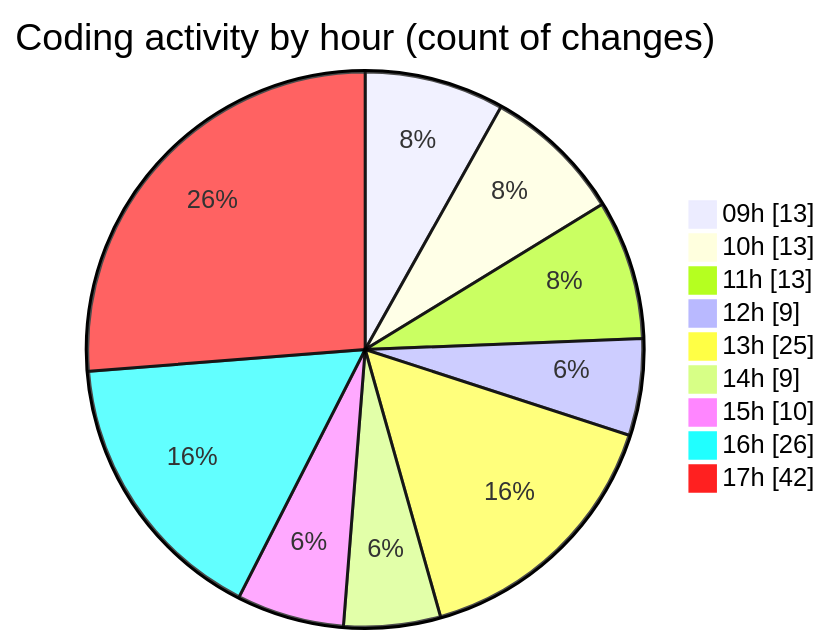
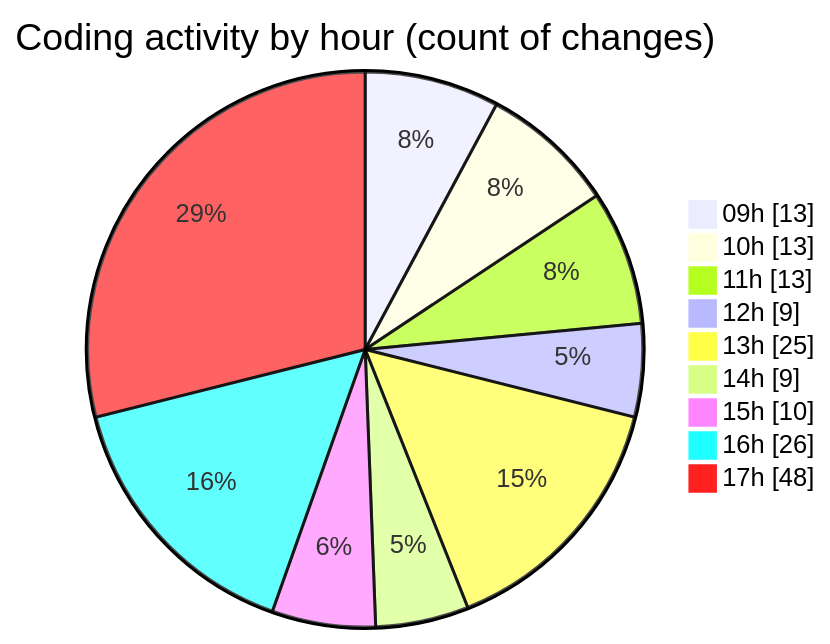
One commit to momahboobian/code-tracking changed the second of 2 diagrams in 2025-09-23/cda/README.md. Above: the diagram before and after it, drawn with Mermaid. The commit also changed other lines of this file and 1 other file, not shown here.

````diff
--- a/2025-09-23/cda/README.md
+++ b/2025-09-23/cda/README.md
@@ -46,13 +49,13 @@
 ```mermaid
 pie showData
 title Coding activity by hour (count of changes)
 "09h" : 13
 "10h" : 13
 "11h" : 13
 "12h" : 9
 "13h" : 25
 "14h" : 9
 "15h" : 10
 "16h" : 26
-"17h" : 42
+"17h" : 48
 ```
````
